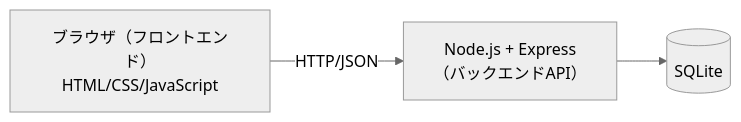
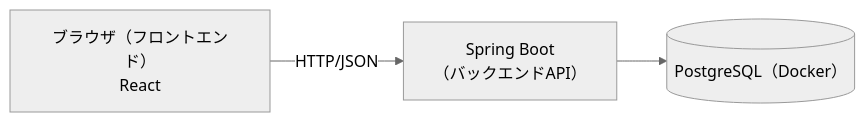
Before and after one commit to shoindex/AIproject: the first of 2 diagrams in trello-clone/docs/database-design.md, drawn with Mermaid (neutral theme). The commit also changed other lines of this file and 2 other files, not shown here.

````diff
--- a/trello-clone/docs/database-design.md
+++ b/trello-clone/docs/database-design.md
@@ -7,5 +7,5 @@
 ```mermaid
 flowchart LR
-    Browser["ブラウザ（フロントエンド）<br/>HTML/CSS/JavaScript"] -->|HTTP/JSON| API["Node.js + Express<br/>（バックエンドAPI）"]
-    API --> DB[("SQLite")]
+    Browser["ブラウザ（フロントエンド）<br/>React"] -->|HTTP/JSON| API["Spring Boot<br/>（バックエンドAPI）"]
+    API --> DB[("PostgreSQL（Docker）")]
 ```
````
